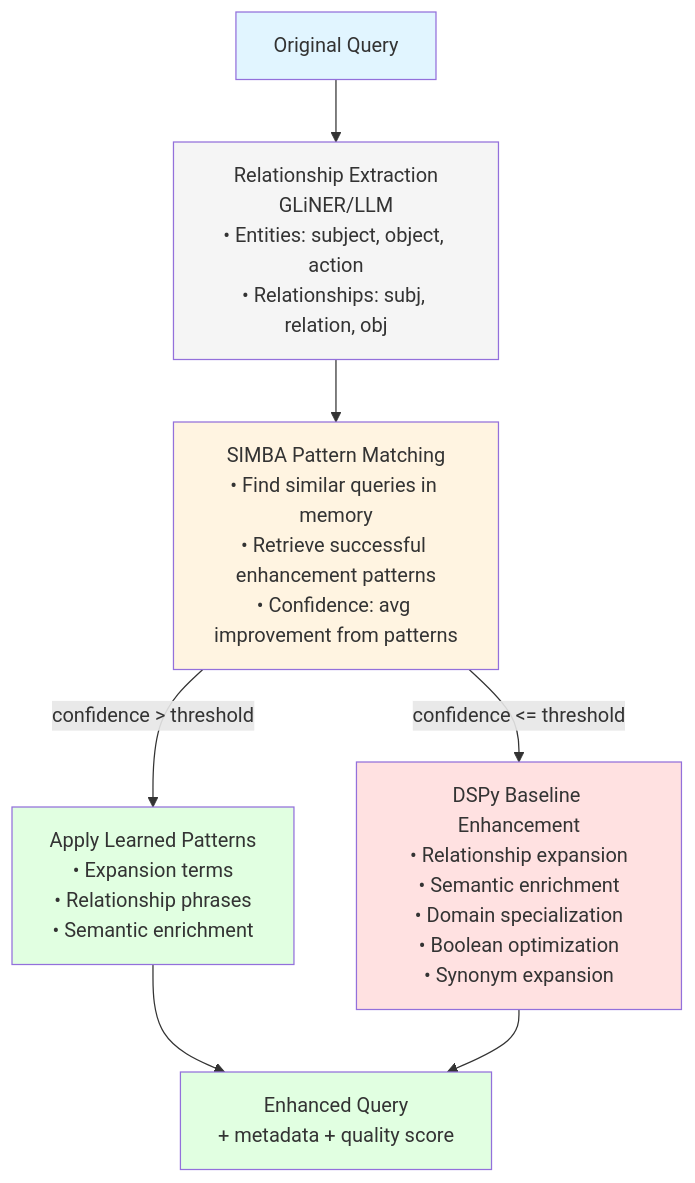
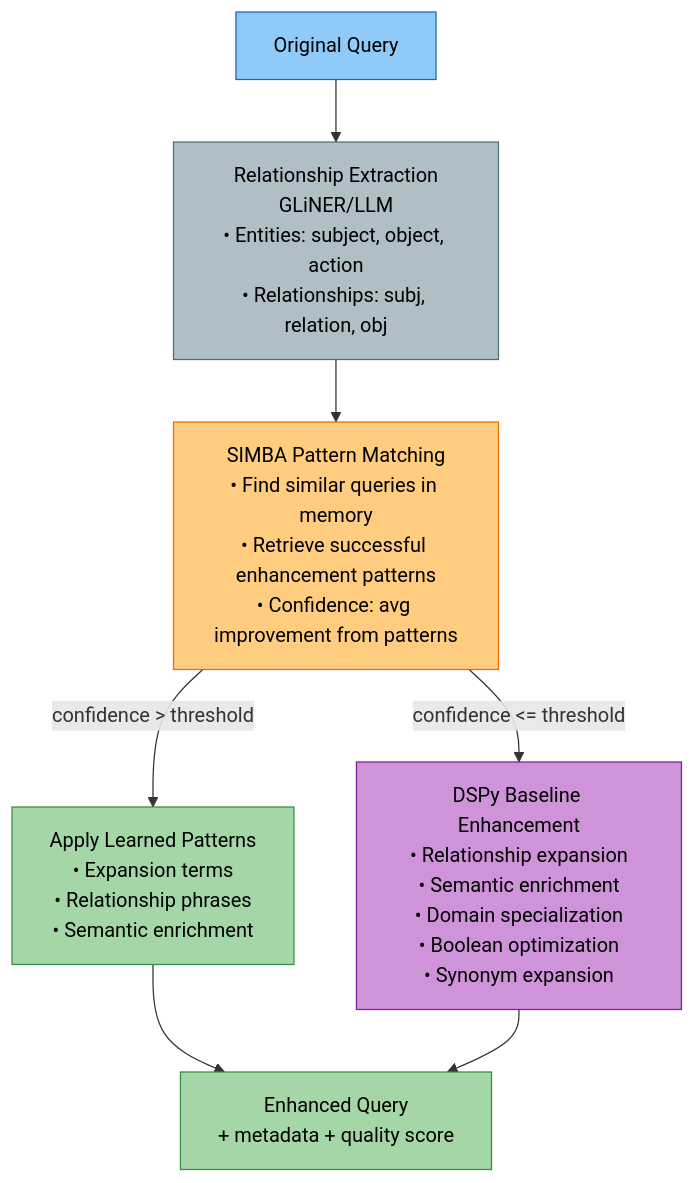
One commit to amit-jain/cogniverse changed the third of 4 diagrams in docs/modules/routing.md. Above: the diagram before and after it, drawn with Mermaid. The commit also changed other lines of this file and 83 other files, not shown here.

First line of the commit message:
Fix documentation veracity, formatting, and diagrams across all modules

````diff
--- a/docs/modules/routing.md
+++ b/docs/modules/routing.md
@@ -102,19 +108,19 @@
 ```mermaid
-graph TB
-    OriginalQuery[Original Query] --> Extraction[Relationship Extraction<br/>GLiNER/LLM<br/>• Entities: subject, object, action<br/>• Relationships: subj, relation, obj]
+flowchart TB
+    OriginalQuery["<span style='color:#000'>Original Query</span>"] --> Extraction["<span style='color:#000'>Relationship Extraction<br/>GLiNER/LLM<br/>• Entities: subject, object, action<br/>• Relationships: subj, relation, obj</span>"]
 
-    Extraction --> SimbaPattern[SIMBA Pattern Matching<br/>• Find similar queries in memory<br/>• Retrieve successful enhancement patterns<br/>• Confidence: avg improvement from patterns]
+    Extraction --> SimbaPattern["<span style='color:#000'>SIMBA Pattern Matching<br/>• Find similar queries in memory<br/>• Retrieve successful enhancement patterns<br/>• Confidence: avg improvement from patterns</span>"]
 
-    SimbaPattern -->|confidence > threshold| SimbaEnhance[Apply Learned Patterns<br/>• Expansion terms<br/>• Relationship phrases<br/>• Semantic enrichment]
-    SimbaPattern -->|confidence <= threshold| DspyBaseline[DSPy Baseline Enhancement<br/>• Relationship expansion<br/>• Semantic enrichment<br/>• Domain specialization<br/>• Boolean optimization<br/>• Synonym expansion]
+    SimbaPattern -->|confidence > threshold| SimbaEnhance["<span style='color:#000'>Apply Learned Patterns<br/>• Expansion terms<br/>• Relationship phrases<br/>• Semantic enrichment</span>"]
+    SimbaPattern -->|confidence <= threshold| DspyBaseline["<span style='color:#000'>DSPy Baseline Enhancement<br/>• Relationship expansion<br/>• Semantic enrichment<br/>• Domain specialization<br/>• Boolean optimization<br/>• Synonym expansion</span>"]
 
-    SimbaEnhance --> Enhanced[Enhanced Query<br/>+ metadata + quality score]
+    SimbaEnhance --> Enhanced["<span style='color:#000'>Enhanced Query<br/>+ metadata + quality score</span>"]
     DspyBaseline --> Enhanced
 
-    style OriginalQuery fill:#e1f5ff
-    style Extraction fill:#f5f5f5
-    style SimbaPattern fill:#fff4e1
-    style SimbaEnhance fill:#e1ffe1
-    style DspyBaseline fill:#ffe1e1
-    style Enhanced fill:#e1ffe1
+    style OriginalQuery fill:#90caf9,stroke:#1565c0,color:#000
+    style Extraction fill:#b0bec5,stroke:#546e7a,color:#000
+    style SimbaPattern fill:#ffcc80,stroke:#ef6c00,color:#000
+    style SimbaEnhance fill:#a5d6a7,stroke:#388e3c,color:#000
+    style DspyBaseline fill:#ce93d8,stroke:#7b1fa2,color:#000
+    style Enhanced fill:#a5d6a7,stroke:#388e3c,color:#000
 ```
````
